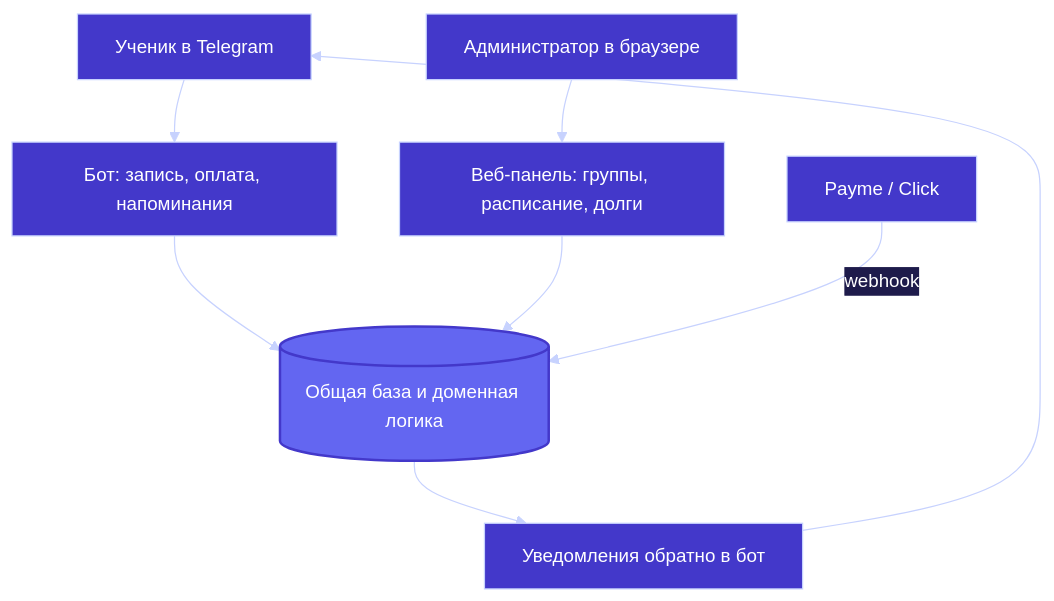
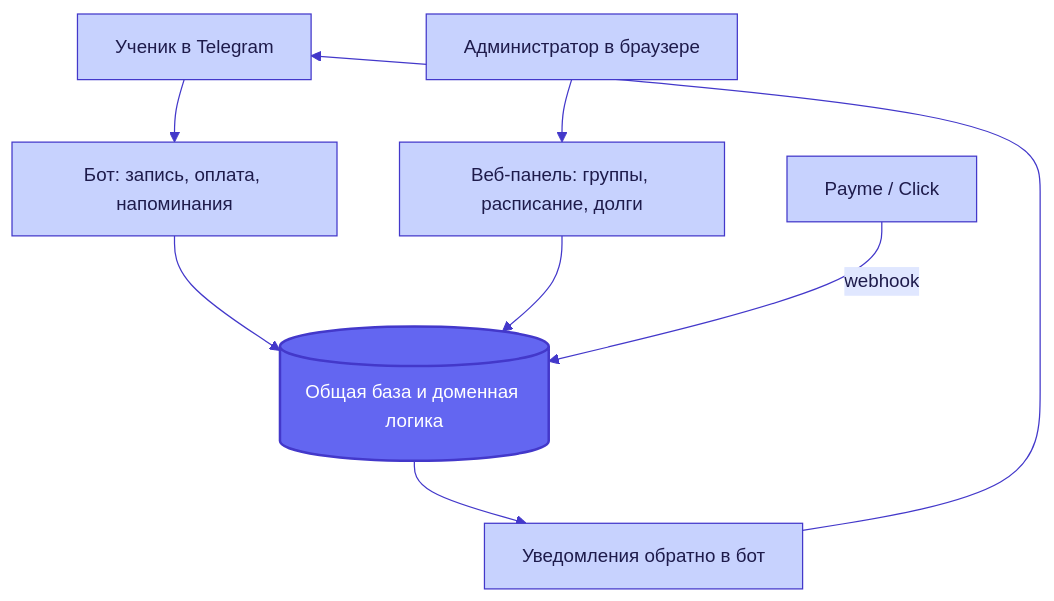
One commit to Shohruh1997/telegram-bot-architecture-notes changed the third of 3 diagrams in README.md. Above: the diagram before and after it, drawn with Mermaid. The commit also changed other lines of this file, not shown here.

Commit message:
Диаграммы: светлые блоки с тёмным текстом — читаемость не зависит от темы GitHub

````diff
--- a/README.md
+++ b/README.md
@@ -136,13 +136,13 @@
 ```mermaid
-%%{init: {'theme':'base','themeVariables':{'fontFamily':'ui-sans-serif,-apple-system,BlinkMacSystemFont,Segoe UI,Roboto,Helvetica,Arial,sans-serif','fontSize':'15px','primaryColor':'#4338ca','primaryTextColor':'#ffffff','primaryBorderColor':'#c7d2fe','secondaryColor':'#6d28d9','tertiaryColor':'#312e81','lineColor':'#c7d2fe','textColor':'#ffffff','mainBkg':'#4338ca','nodeBorder':'#c7d2fe','nodeTextColor':'#ffffff','edgeLabelBackground':'#1e1b4b','attributeBackgroundColorOdd':'#4338ca','attributeBackgroundColorEven':'#4f46e5','noteBkgColor':'#fbbf24','noteTextColor':'#1a1a1a','noteBorderColor':'#b45309','clusterBkg':'#1e1b4b','clusterBorder':'#c7d2fe','labelBoxBkgColor':'#4338ca','labelBoxBorderColor':'#c7d2fe','labelTextColor':'#ffffff','actorBkg':'#4338ca','actorBorder':'#c7d2fe','actorTextColor':'#ffffff','actorLineColor':'#c7d2fe','signalColor':'#c7d2fe','signalTextColor':'#ffffff','sequenceNumberColor':'#1a1a1a','activationBkgColor':'#6d28d9','activationBorderColor':'#c7d2fe','transitionColor':'#c7d2fe','transitionLabelColor':'#ffffff','stateBkg':'#4338ca','stateLabelColor':'#ffffff','altBackground':'#312e81','compositeBackground':'#1e1b4b','compositeBorder':'#c7d2fe','compositeTitleBackground':'#312e81','specialStateColor':'#c7d2fe','innerEndBackground':'#c7d2fe','cScale0':'#4338ca'}}}%%
+%%{init: {'theme':'base','themeVariables':{'fontFamily':'ui-sans-serif,-apple-system,BlinkMacSystemFont,Segoe UI,Roboto,Helvetica,Arial,sans-serif','fontSize':'15px','textColor':'#1e1b4b','lineColor':'#4338ca','primaryColor':'#e0e7ff','primaryTextColor':'#1e1b4b','primaryBorderColor':'#4338ca','secondaryColor':'#ede9fe','tertiaryColor':'#f5f3ff','mainBkg':'#c7d2fe','nodeBorder':'#4338ca','nodeTextColor':'#1e1b4b','edgeLabelBackground':'#e0e7ff','attributeBackgroundColorOdd':'#eef2ff','attributeBackgroundColorEven':'#e0e7ff','noteBkgColor':'#fef3c7','noteTextColor':'#1a1a1a','noteBorderColor':'#b45309','clusterBkg':'#f5f3ff','clusterBorder':'#4338ca','labelBoxBkgColor':'#e0e7ff','labelBoxBorderColor':'#4338ca','labelTextColor':'#1e1b4b','actorBkg':'#c7d2fe','actorBorder':'#4338ca','actorTextColor':'#1e1b4b','actorLineColor':'#4338ca','signalColor':'#4338ca','signalTextColor':'#1e1b4b','sequenceNumberColor':'#ffffff','activationBkgColor':'#ddd6fe','activationBorderColor':'#4338ca','transitionColor':'#4338ca','transitionLabelColor':'#1e1b4b','stateBkg':'#c7d2fe','stateLabelColor':'#1e1b4b','altBackground':'#f5f3ff','compositeBackground':'#f5f3ff','compositeBorder':'#4338ca','compositeTitleBackground':'#e0e7ff','specialStateColor':'#4338ca','innerEndBackground':'#4338ca'}}}%%
 flowchart TB
     U[Ученик в Telegram] --> BOT[Бот: запись, оплата, напоминания]
     BOT --> CORE[(Общая база и доменная логика)]
     ADMIN[Администратор в браузере] --> PANEL[Веб-панель: группы, расписание, долги]
     PANEL --> CORE
     PAY[Payme / Click] -->|webhook| CORE
     CORE --> NOTIFY[Уведомления обратно в бот]
     NOTIFY --> U
 
     style CORE fill:#6366f1,stroke:#4338ca,stroke-width:2px,color:#ffffff
 ```
````
